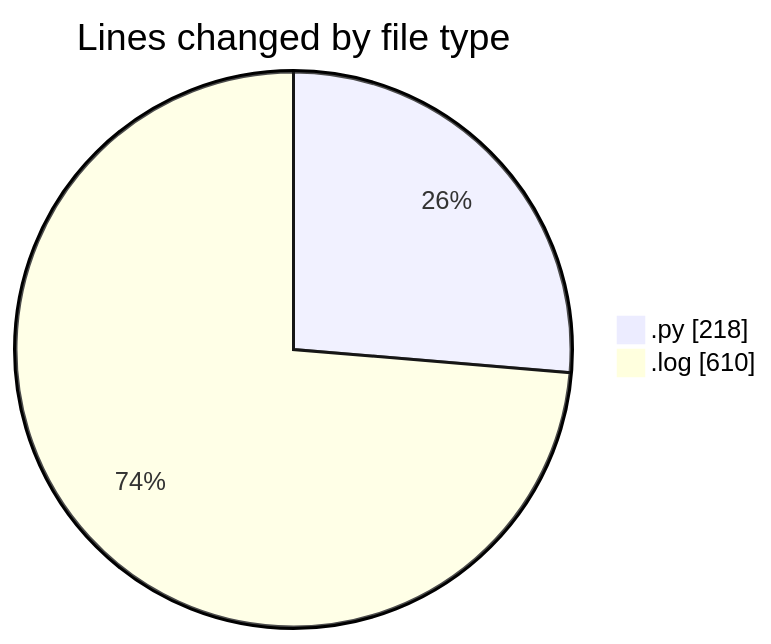
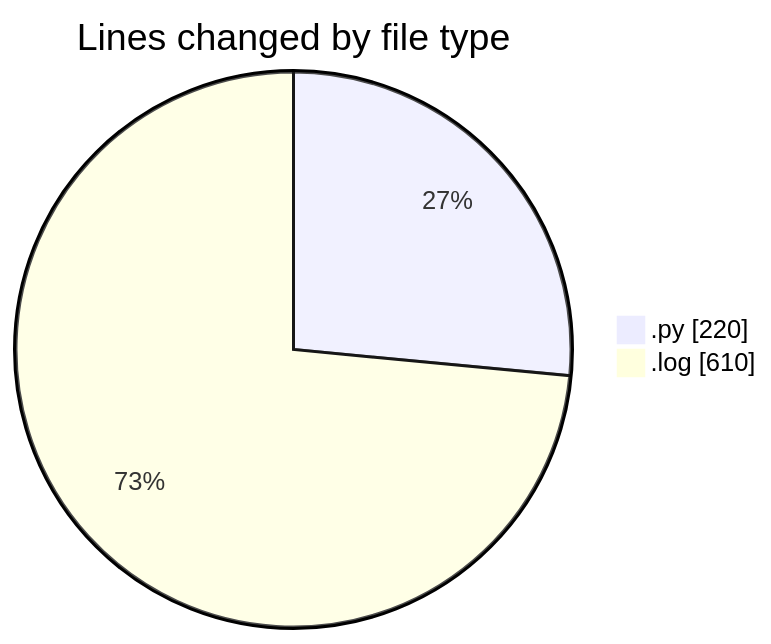
Before and after one commit to momahboobian/code-tracking: the first of 2 diagrams in 2025-05-07/samplepdf/README.md, drawn with Mermaid. The commit also changed other lines of this file and 1 other file, not shown here.

````diff
--- a/2025-05-07/samplepdf/README.md
+++ b/2025-05-07/samplepdf/README.md
@@ -24,6 +25,6 @@
 ```mermaid
 pie showData
 title Lines changed by file type
-".py" : 218
+".py" : 220
 ".log" : 610
 ```
````
